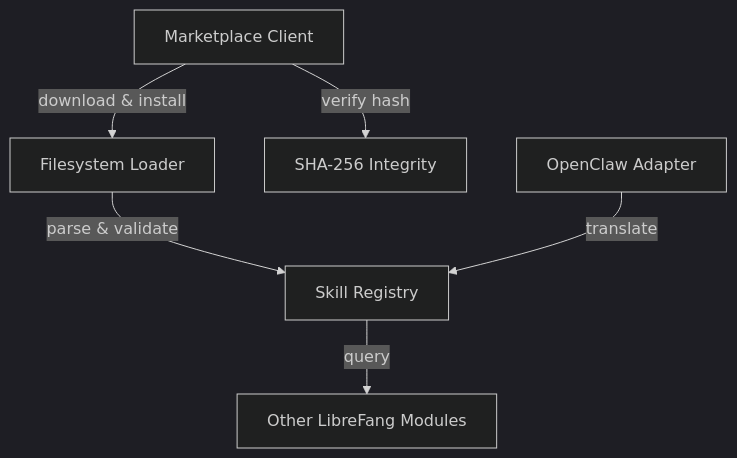
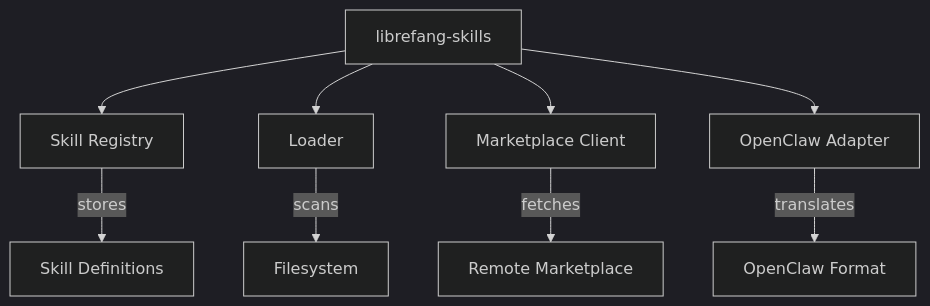
Before and after one commit to leszek3737/librefang-WIki: the diagram in other-librefang-skills.md, drawn with Mermaid (dark theme). The commit also changed other lines of this file and 100 other files, not shown here.

````diff
--- a/other-librefang-skills.md
+++ b/other-librefang-skills.md
@@ -18,8 +13,11 @@
 ```mermaid
 graph TD
-    FS[Filesystem Loader] -->|parse & validate| REG[Skill Registry]
-    MKT[Marketplace Client] -->|download & install| FS
-    MKT -->|verify hash| HASH[SHA-256 Integrity]
-    OCC[OpenClaw Adapter] -->|translate| REG
-    REG -->|query| CONSUMERS[Other LibreFang Modules]
+    A[librefang-skills] --> B[Skill Registry]
+    A --> C[Loader]
+    A --> D[Marketplace Client]
+    A --> E[OpenClaw Adapter]
+    C -->|scans| F[Filesystem]
+    D -->|fetches| G[Remote Marketplace]
+    B -->|stores| H[Skill Definitions]
+    E -->|translates| I[OpenClaw Format]
 ```
````
